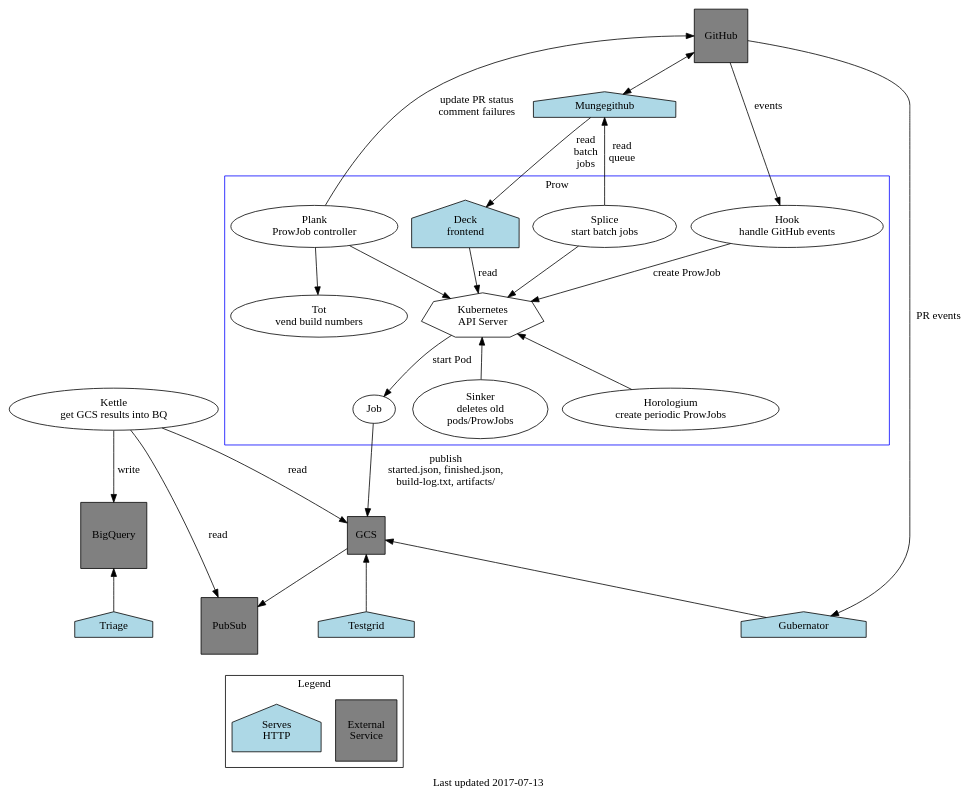
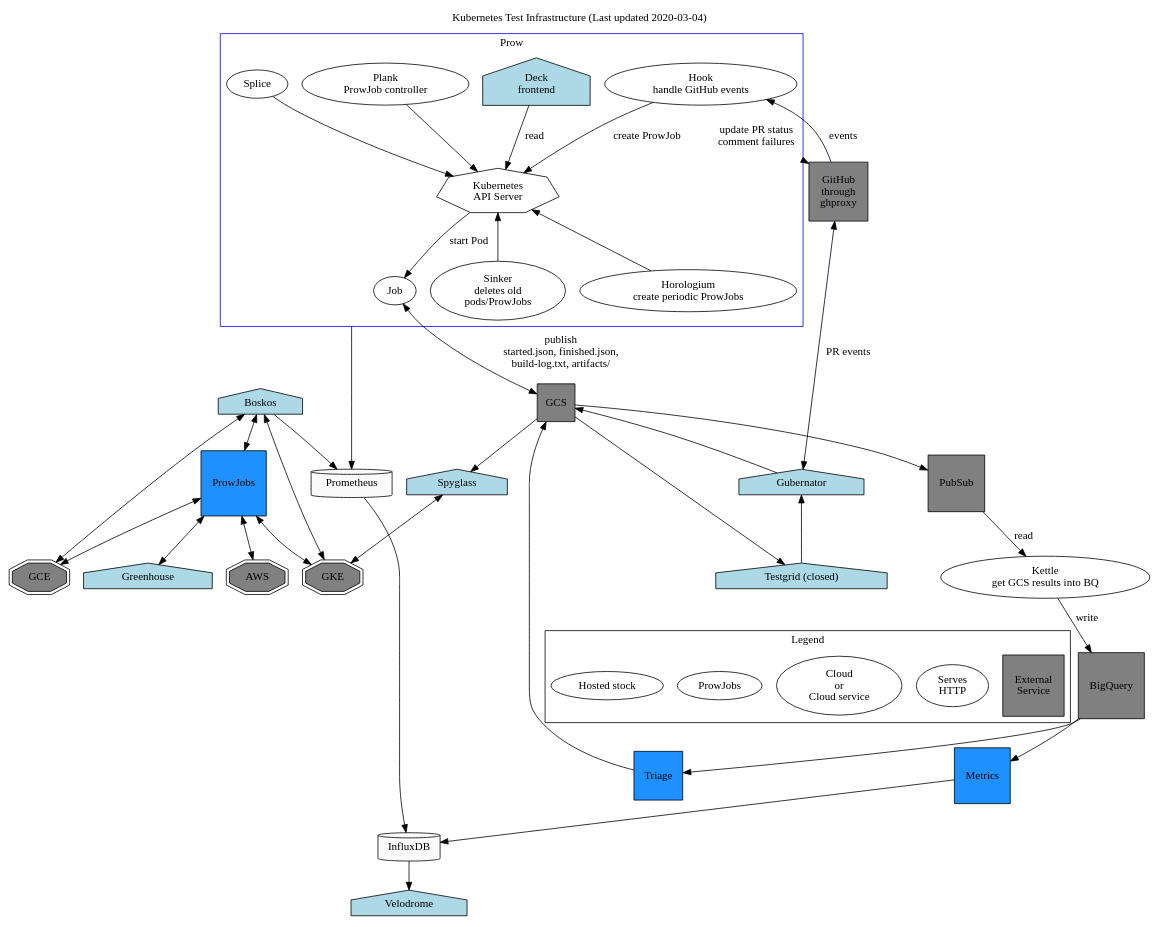
The diagram in docs/architecture.dot (kubernetes/test-infra), drawn with Graphviz before and after one commit. The commit also changed 1 other file, not shown here.

Commit message:
Base diagram svg exported off of DOT format

```diff
--- a/docs/architecture.dot
+++ b/docs/architecture.dot
@@ -1,79 +1,98 @@
 # Update SVG with this command:
 # dot architecture.dot -Tsvg -oarchitecture.svg
 
 digraph G {
-	label="Last updated 2017-07-13"  # UPDATE WHEN CHANGED!
+	label="Kubernetes Test Infrastructure (Last updated 2020-03-04)"  # UPDATE WHEN CHANGED!
+    labelloc="t"
+    graph[compound=true]
 
 	# external services
-	legend_ext, GCS, PubSub, GitHub, BigQuery [style=filled, fillcolor=gray, shape=square]
+	legend_ext, GCS, PubSub, "GitHub\nthrough\nghproxy", BigQuery [style=filled, fillcolor=gray, shape=square]
 
 	# things that host websites
-	legend_site, Triage, Mungegithub, Deck, Testgrid, Gubernator [shape=house, fillcolor=lightblue, style=filled]
+	legend_site Spyglass, Deck, "Testgrid (closed)", Gubernator, Velodrome, Boskos, Greenhouse [shape=house, fillcolor=lightblue, style=filled]
+
+    legend_cloud GCE, GKE, AWS [shape=doubleoctagon, fillcolor=gray, style=filled]
+
+    legend_prowjob Metrics, Triage, ProwJobs [shape=square, fillcolor=dodgerblue1, style=filled]
+
+    legend_stock InfluxDB, Prometheus [shape=cylinder, fillcolor=gray98, style=filled]
 
 	# handy links!
 	Triage [href="https://go.k8s.io/triage"]
 	Gubernator [href="https://gubernator.k8s.io"]
-	Testgrid [href="https://testgrid.k8s.io"]
+	"Testgrid (closed)" [href="https://testgrid.k8s.io"]
 	Deck [href="https://prow.k8s.io"]
-	Mungegithub [href="https://submit-queue.k8s.io"]
 	BigQuery [href="https://bigquery.cloud.google.com/table/k8s-gubernator:build.week"]
 
 	subgraph cluster_Prow {
 		label="Prow"
 		color=blue
 		Hook [label="Hook\nhandle GitHub events"]
-		Splice [label="Splice\nstart batch jobs"]
 		Deck [label="Deck\nfrontend"]
 		Plank [label="Plank\nProwJob controller"]
-		Tot [label="Tot\nvend build numbers"]
 		Sinker [label="Sinker\ndeletes old\npods/ProwJobs"]
 		Horologium [label="Horologium\ncreate periodic ProwJobs"]
 		Job
 		ApiServer [label="Kubernetes\nAPI Server" shape=septagon]
 	}
 
 	subgraph cluster_legend {
 		label="Legend"
 		rank=sink
 		legend_ext [label="External\nService"]
 		legend_site [label="Serves\nHTTP"]
+		legend_cloud [label="Cloud\nor\nCloud service"]
+        legend_prowjob [label="ProwJobs"]
+        legend_stock [label="Hosted stock"]
 	}
 
 	# CONNECTIONS START HERE:
 	# graphviz's dot rendering engine generally tries to lay things out
 	# top to bottom, following edges. dir="back" is an orientation hint
 	# to the layout engine, to try to keep hierarchy in a sensible order.
 	# hack to get legend near the bottom
-	Testgrid -> legend_ext [style="invis"]
+	"Testgrid (closed)" -> legend_ext [style="invis"]
 
 	Kettle [label="Kettle\nget GCS results into BQ"]
 
-	GitHub -> Gubernator [label="PR events"]
-	GitHub -> Mungegithub [dir="both"]
-	Mungegithub -> Splice [dir="back", label="read\nqueue"]
-	GitHub -> Hook [label="events"]
-	Mungegithub -> Deck [label="read\nbatch\njobs"]
+	"GitHub\nthrough\nghproxy" -> Gubernator [label="PR events", dir="both"]
+	"GitHub\nthrough\nghproxy" -> Hook [label="events"]
 	GCS -> Gubernator [dir="back"]
-	Job -> GCS [label="publish\nstarted.json, finished.json,\nbuild-log.txt, artifacts/"]
+	Gubernator -> "Testgrid (closed)" [dir="back"]
+	Job -> GCS [label="publish\nstarted.json, finished.json,\nbuild-log.txt, artifacts/", dir="both"]
 
-	Plank -> GitHub [label="update PR status\ncomment failures"]
+	Plank -> "GitHub\nthrough\nghproxy" [label="update PR status\ncomment failures", ltail="cluster_Prow"]
 
 	subgraph cluster_Prow {
 		Plank -> ApiServer
-		Plank -> Tot
 		Splice -> ApiServer
 		Deck -> ApiServer [label="read"]
 		Hook -> ApiServer [label="create ProwJob"]
 		ApiServer -> Job [label="start Pod"]
 		ApiServer -> Sinker [dir="back"]
 		ApiServer -> Horologium [dir="back"]
 	}
 
 	GCS -> PubSub
-	Kettle -> GCS [label="read"]
-	Kettle -> PubSub [label="read"]
+	PubSub -> Kettle [label="read"]
 	Kettle -> BigQuery [label="write"]
-	BigQuery -> Triage [dir="back"]
-	GCS -> Testgrid [dir="back"]
-
+    BigQuery -> Triage
+    BigQuery -> Metrics
+	GCS -> Triage [dir="back"]
+	GCS -> "Testgrid (closed)"
+    GCS -> Spyglass
+    Spyglass -> GKE [dir="both"]
+    Metrics -> InfluxDB
+    Prometheus -> InfluxDB
+    InfluxDB -> Velodrome
+    Plank -> Prometheus [ltail="cluster_Prow"]
+    Boskos -> Prometheus
+    Boskos -> ProwJobs [dir="both"]
+    Boskos -> GCE [dir="both"]
+    Boskos -> GKE [dir="both"]
+    ProwJobs -> AWS [dir="both"]
+    ProwJobs -> GKE [dir="both"]
+    ProwJobs -> GCE [dir="both"]
+    ProwJobs -> Greenhouse [dir="both"]
 }
```
